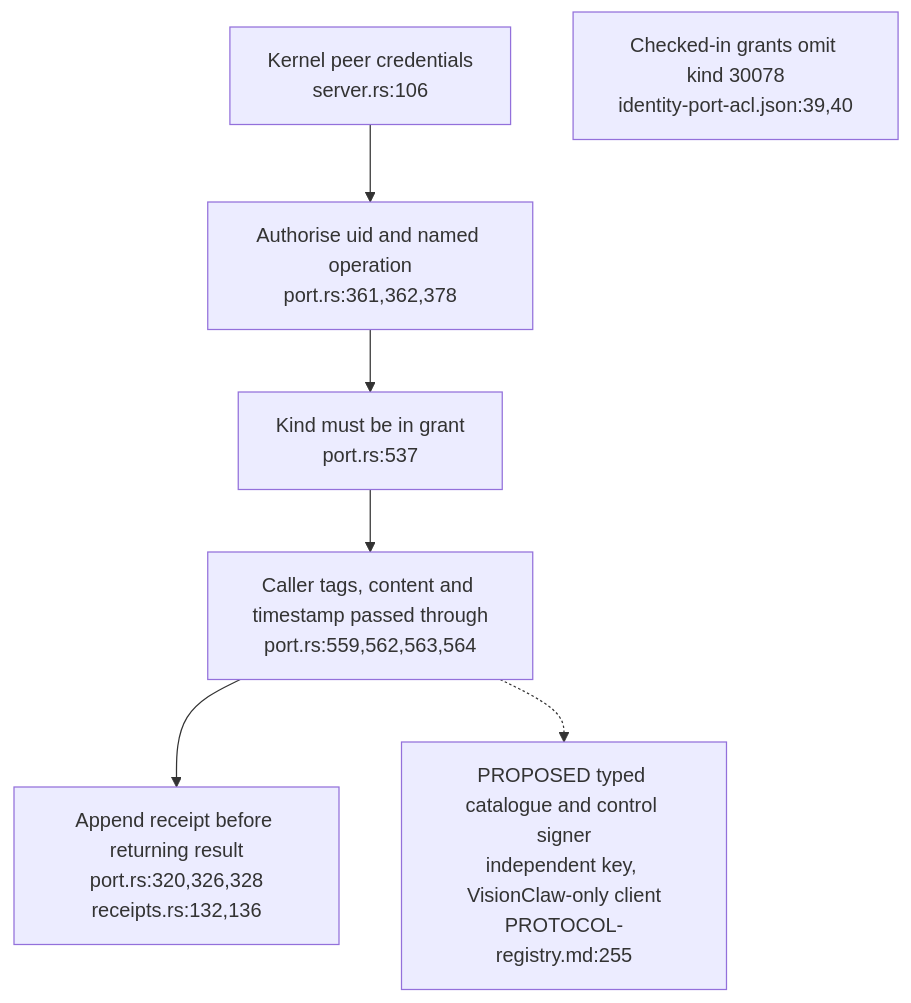
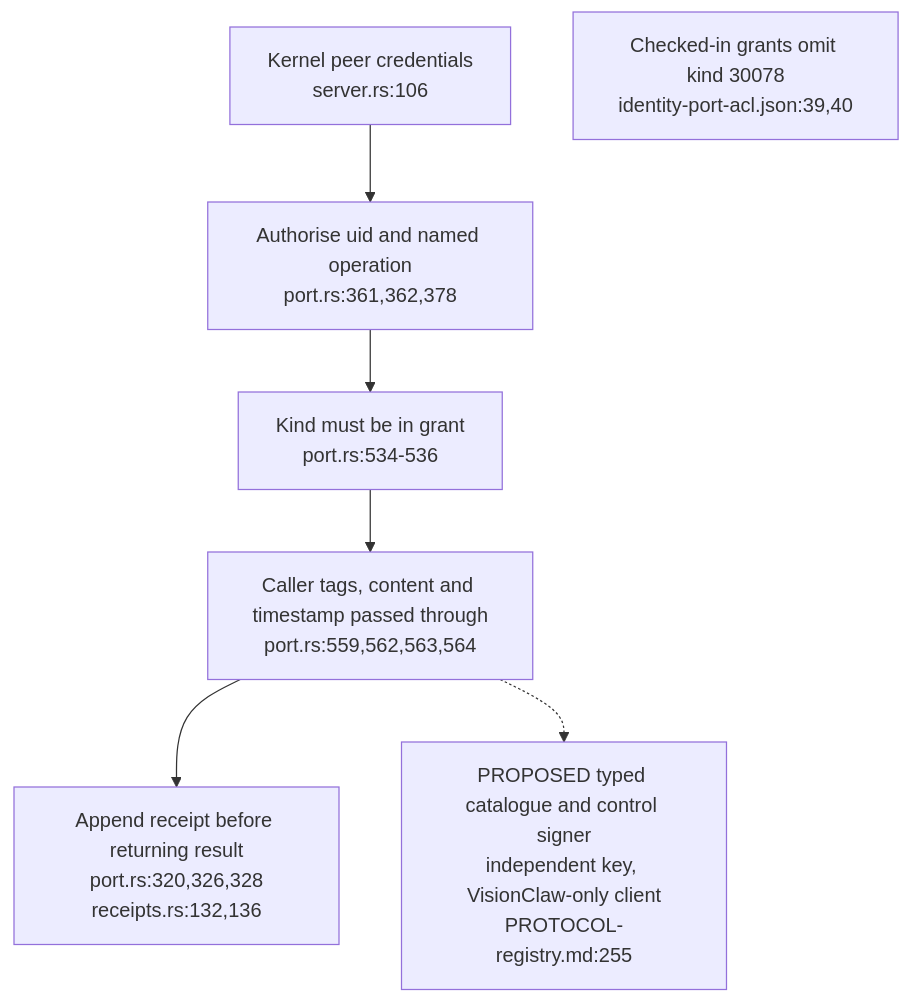
The second of 4 diagrams in docs/diagrams/agentbox/37-mesh-signer-and-recovery.md (DreamLab-AI/VisionFlow), drawn with Mermaid before and after one commit. The commit also changed other lines of this file and 173 other files, not shown here.

````diff
--- a/docs/diagrams/agentbox/37-mesh-signer-and-recovery.md
+++ b/docs/diagrams/agentbox/37-mesh-signer-and-recovery.md
@@ -48,10 +48,10 @@
 ```mermaid
 flowchart TD
     SOCKET["Kernel peer credentials<br/>server.rs:106"] --> UID["Authorise uid and named operation<br/>port.rs:361,362,378"]
-    UID --> GRANT["Kind must be in grant<br/>port.rs:537"]
+    UID --> GRANT["Kind must be in grant<br/>port.rs:534-536"]
     GRANT --> SIGN["Caller tags, content and timestamp passed through<br/>port.rs:559,562,563,564"]
     SIGN --> RECEIPT["Append receipt before returning result<br/>port.rs:320,326,328<br/>receipts.rs:132,136"]
     CLOSED["Checked-in grants omit kind 30078<br/>identity-port-acl.json:39,40"]
     REQUIRED["PROPOSED typed catalogue and control signer<br/>independent key, VisionClaw-only client<br/>PROTOCOL-registry.md:255"]
     SIGN -.-> REQUIRED
 ```
````
